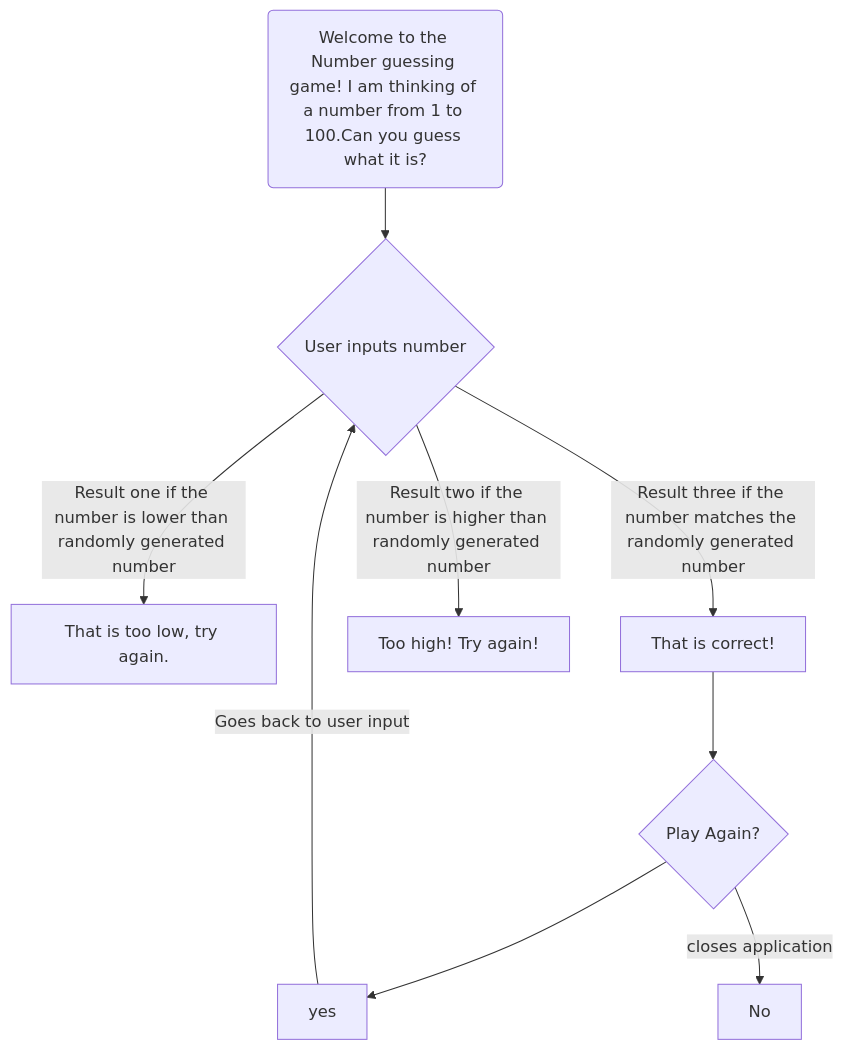
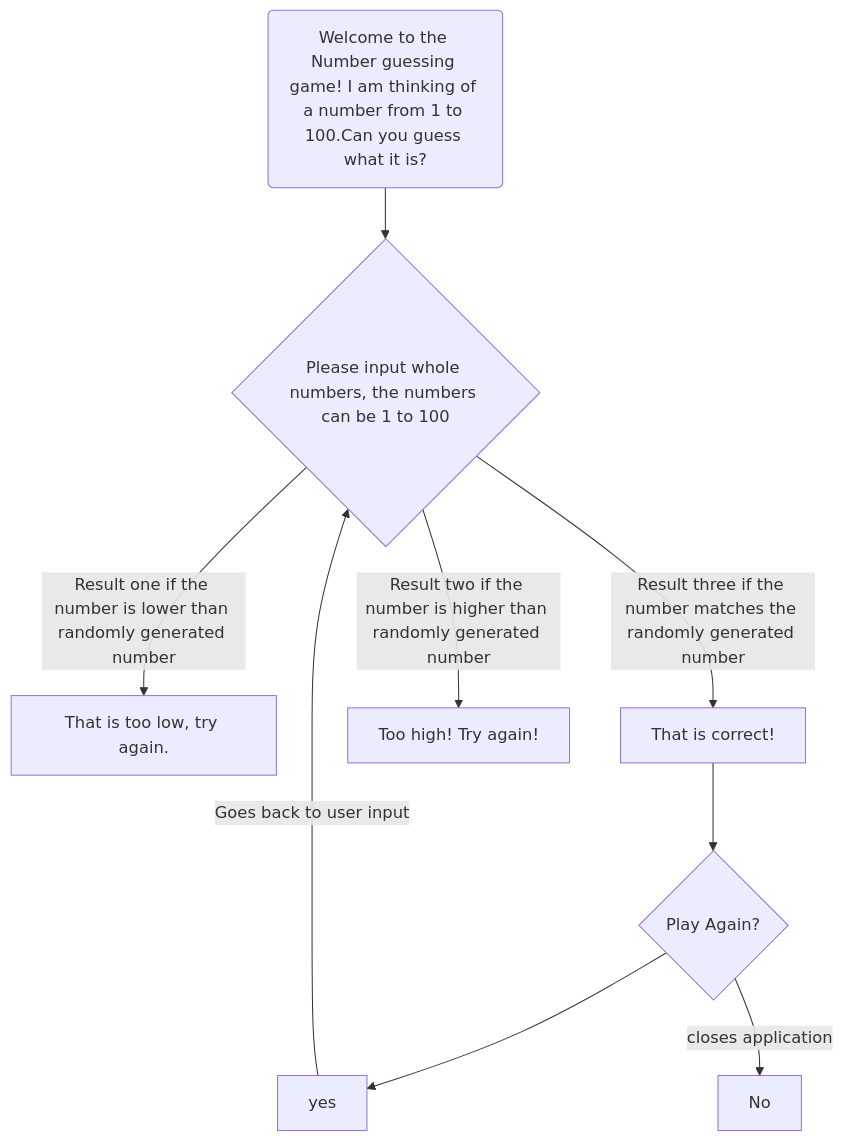
One commit to Troyboyce41/troyboyce41.github.io changed the diagram in Guessing.md. Above: the diagram before and after it, drawn with Mermaid.

````diff
--- a/Guessing.md
+++ b/Guessing.md
@@ -1,11 +1,11 @@
 ```mermaid
 flowchart TD;
-A(Welcome to the Number guessing game! I am thinking of a number from 1 to 100.Can you guess what it is?) --> B{User inputs number};
+A(Welcome to the Number guessing game! I am thinking of a number from 1 to 100.Can you guess what it is?) --> B{Please input whole numbers, the numbers can be 1 to 100};
 B -->|Result one if the number is lower than randomly generated number| D[That is too low, try again.];
 B -->|Result three if the number matches the randomly generated number|F[That is correct!];
 B -->|Result two if the number is higher than randomly generated number| E[Too high! Try again!];
 F -->C{Play Again?};
 C --> G[yes];
 C -->|closes application| H[No];
 G --> |Goes back to user input| B;
 ```
````
